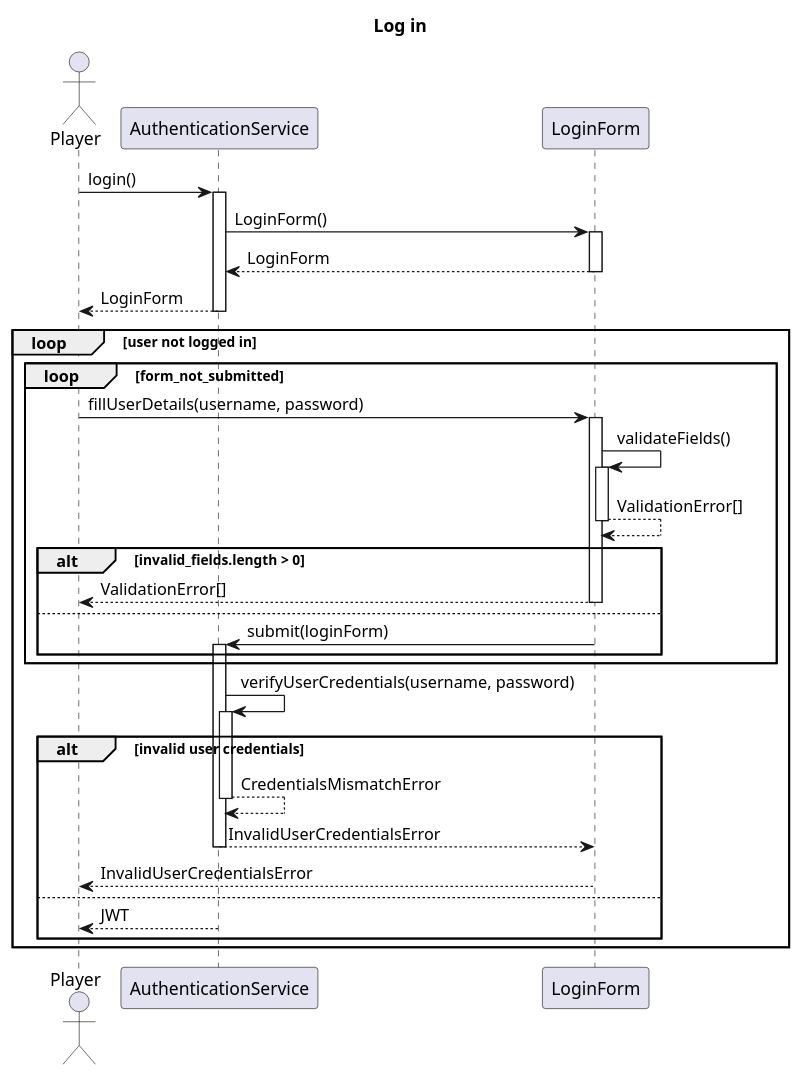
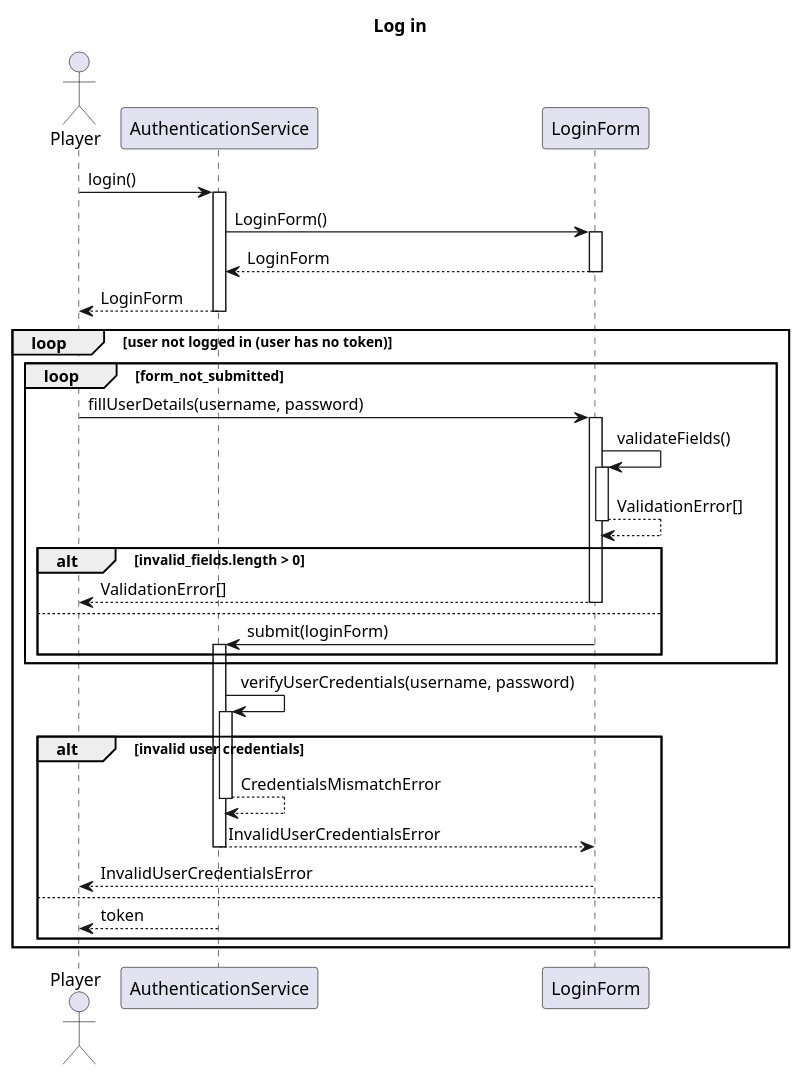
Before and after one commit to ECE493-W22-G04/rl-chess: the diagram in docs/preliminary_design_diagrams/sequence_diagrams/login.puml, drawn with PlantUML.

Commit message:
Abstract over tokens

```diff
--- a/docs/preliminary_design_diagrams/sequence_diagrams/login.puml
+++ b/docs/preliminary_design_diagrams/sequence_diagrams/login.puml
@@ -1,37 +1,37 @@
 @startuml
 
 title Log in
 
 autoactivate on
 
 actor Player
 
 Player -> AuthenticationService : login()
 AuthenticationService -> LoginForm : LoginForm()
 return LoginForm
 return LoginForm
 
-loop user not logged in
+loop user not logged in (user has no token)
     loop form_not_submitted
         Player -> LoginForm: fillUserDetails(username, password)
         LoginForm -> LoginForm : validateFields()
         return ValidationError[]
 
         alt invalid_fields.length > 0
             return ValidationError[]
         else
             LoginForm -> AuthenticationService : submit(loginForm)
         end
     end
 
     AuthenticationService -> AuthenticationService : verifyUserCredentials(username, password)
     alt invalid user credentials
         return CredentialsMismatchError
         return InvalidUserCredentialsError
         LoginForm --> Player : InvalidUserCredentialsError
     else
-        AuthenticationService --> Player : JWT
+        AuthenticationService --> Player : token
     end
 end
 
 @enduml
```
